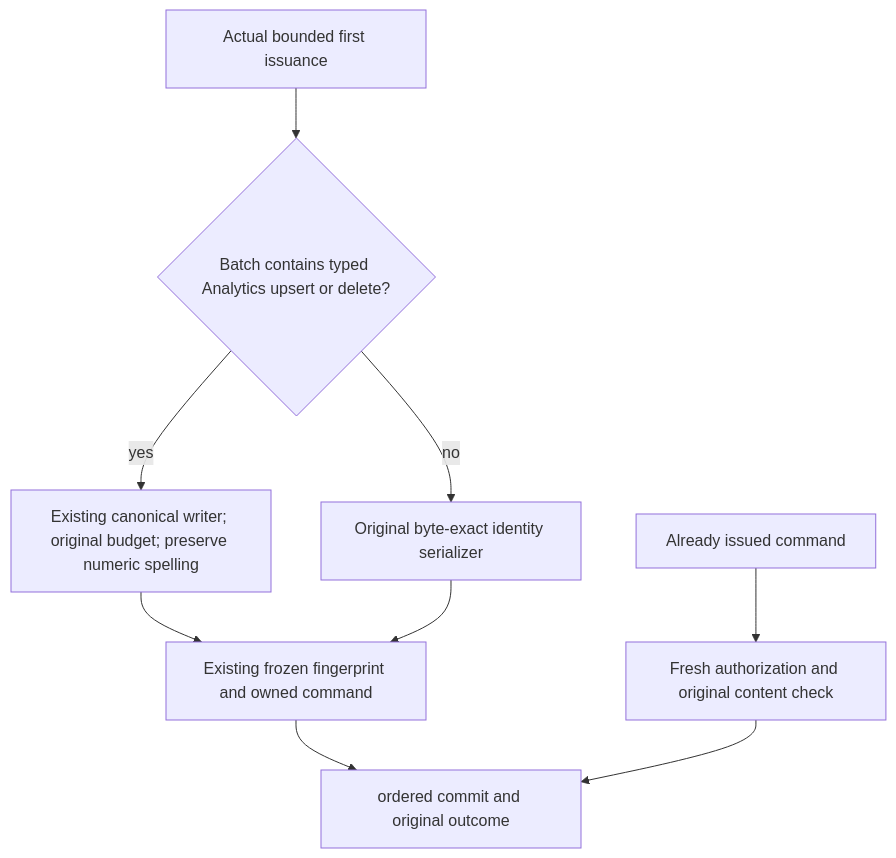
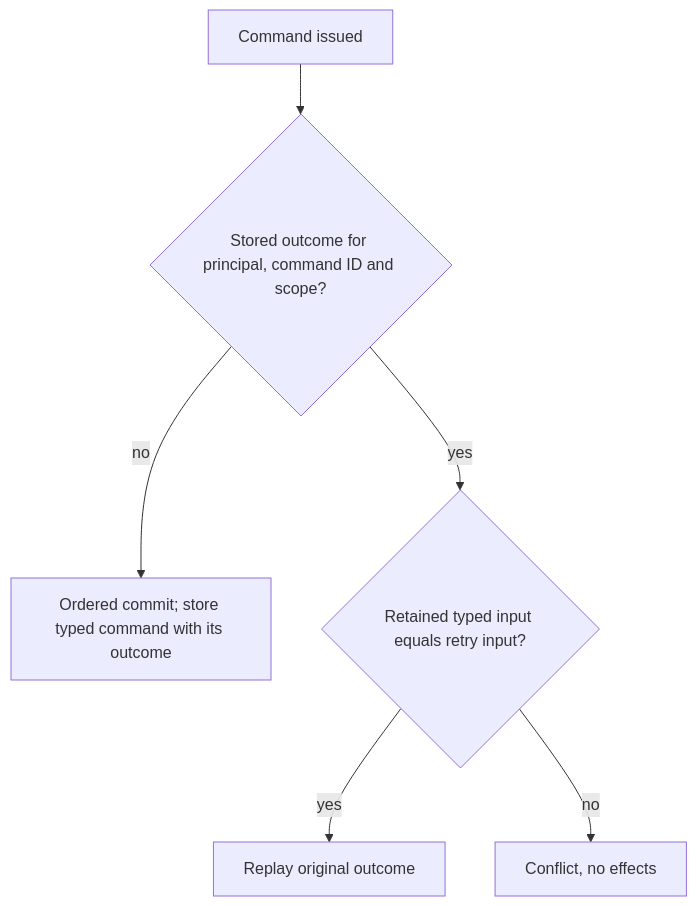
Before and after one commit to managedcode/KeyLoad: the diagram in docs/ADR/ADR-140-new-analytics-command-identity.md, drawn with Mermaid. The commit also changed other lines of this file and 111 other files, not shown here.

````diff
--- a/docs/ADR/ADR-140-new-analytics-command-identity.md
+++ b/docs/ADR/ADR-140-new-analytics-command-identity.md
@@ -23,11 +29,8 @@
 ```mermaid
 flowchart TD
-    A[Actual bounded first issuance] --> B{Batch contains typed Analytics upsert or delete?}
-    B -->|yes| C[Existing canonical writer; original budget; preserve numeric spelling]
-    B -->|no| D[Original byte-exact identity serializer]
-    C --> E[Existing frozen fingerprint and owned command]
-    D --> E
-    E --> F[ordered commit and original outcome]
-    G[Already issued command] --> H[Fresh authorization and original content check]
-    H --> F
+    A[Command issued] --> B{Stored outcome for principal, command ID and scope?}
+    B -->|no| C[Ordered commit; store typed command with its outcome]
+    B -->|yes| D{Retained typed input equals retry input?}
+    D -->|yes| E[Replay original outcome]
+    D -->|no| F[Conflict, no effects]
 ```
````
